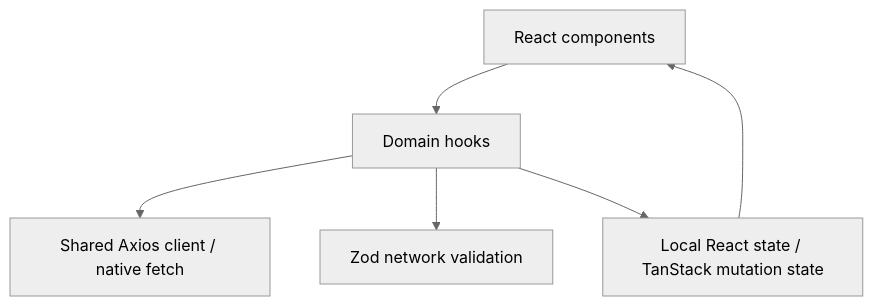
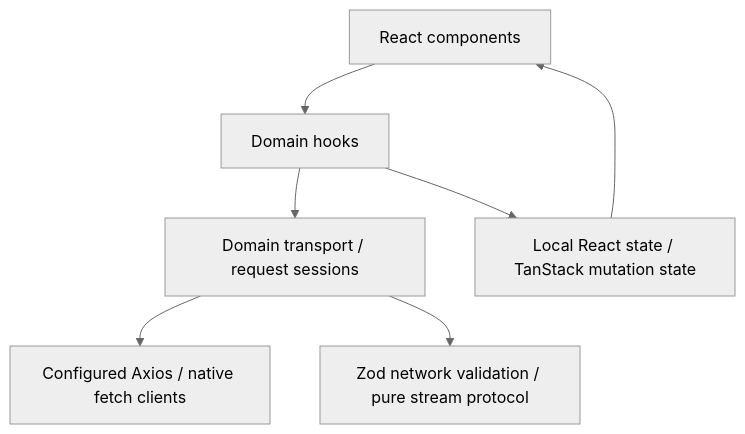
One commit to RyxnDmello/atlas changed the third of 3 diagrams in prompts/PHASE_01/PLAN_05/PHASE_01_PLAN_05.md. Above: the diagram before and after it, drawn with Mermaid (neutral theme). The commit also changed other lines of this file and 28 other files, not shown here.

````diff
--- a/prompts/PHASE_01/PLAN_05/PHASE_01_PLAN_05.md
+++ b/prompts/PHASE_01/PLAN_05/PHASE_01_PLAN_05.md
@@ -132,8 +132,9 @@
 ```mermaid
 flowchart TB
     UI["React components"] --> Hooks["Domain hooks"]
-    Hooks --> HTTP["Shared Axios client / native fetch"]
-    Hooks --> Validate["Zod network validation"]
+    Hooks --> Services["Domain transport / request sessions"]
+    Services --> HTTP["Configured Axios / native fetch clients"]
+    Services --> Validate["Zod network validation / pure stream protocol"]
     Hooks --> State["Local React state / TanStack mutation state"]
     State --> UI
 ```
````
